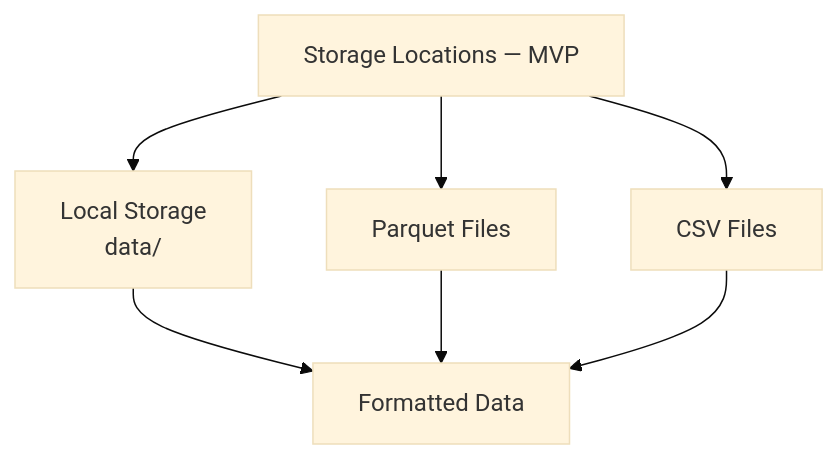
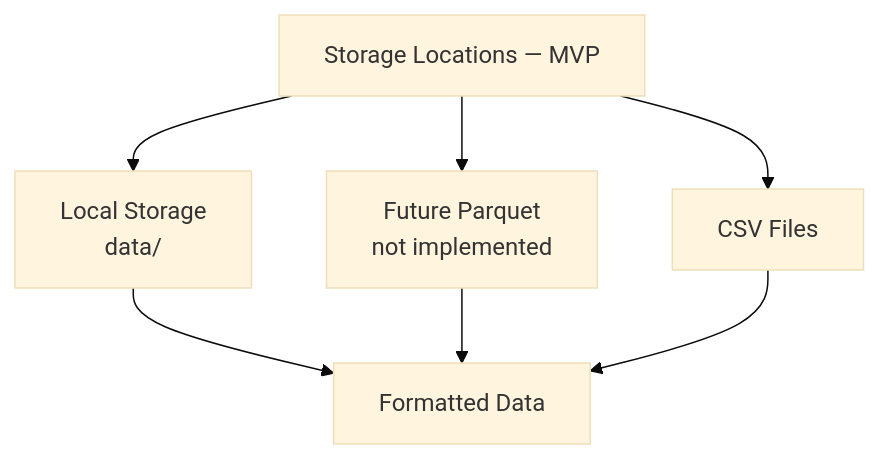
Before and after one commit to Evintkoo/2048-ml: the third of 7 diagrams in plans/06-Data/03-Storage/01-dataset-storage.md, drawn with Mermaid (base theme). The commit also changed other lines of this file and 8 other files, not shown here.

````diff
--- a/plans/06-Data/03-Storage/01-dataset-storage.md
+++ b/plans/06-Data/03-Storage/01-dataset-storage.md
@@ -72,10 +72,10 @@
 ```mermaid
 flowchart TB
     Locations[Storage Locations — MVP]
     Locations --> Local[Local Storage<br/>data/]
-    Locations --> Parquet[Parquet Files]
+    Locations --> Parquet[Future Parquet<br/>not implemented]
     Locations --> CSV[CSV Files]
     Local --> Format[Formatted Data]
     Parquet --> Format
     CSV --> Format
 ```
````
